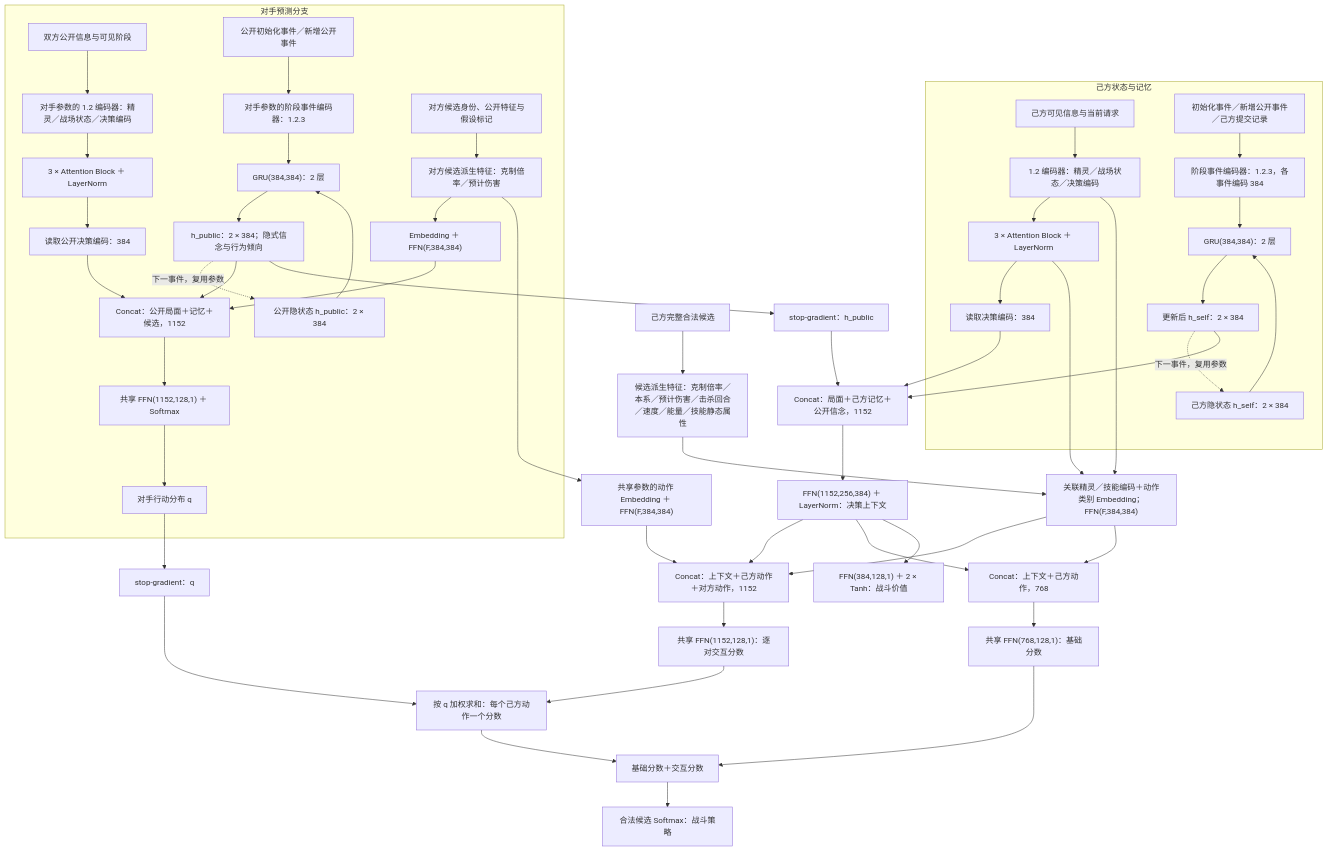
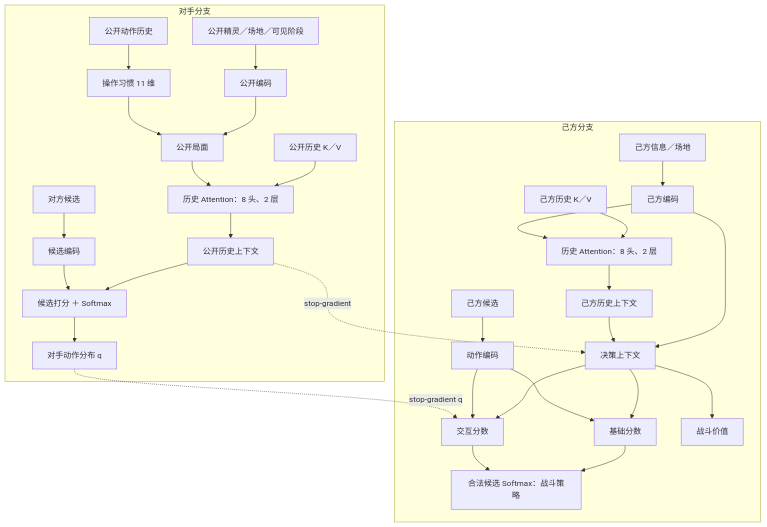
One commit to GroundbreakerLhy/Alpha-Roco changed the sixth of 6 diagrams in MODEL_DESIGN.md. Above: the diagram before and after it, drawn with Mermaid. The commit also changed other lines of this file and 9 other files, not shown here.

Commit message:
四代模型：用全局 attention 替换 GRU

````diff
--- a/MODEL_DESIGN.md
+++ b/MODEL_DESIGN.md
@@ -152,58 +161,35 @@
 ```mermaid
 flowchart TB
-    subgraph SELF["己方状态与记忆"]
-        S0["己方可见信息与当前请求"] --> S1["1.2 编码器：精灵／战场状态／决策编码"]
-        S1 --> S2["3 × Attention Block ＋ LayerNorm"]
-        S2 --> S3["读取决策编码：384"]
-        H0["初始化事件／新增公开事件／己方提交记录"] --> H1["阶段事件编码器：1.2.3，各事件编码 384"]
-        HP["己方隐状态 h_self：2 × 384"] --> HR["GRU(384,384)：2 层"]
-        H1 --> HR
-        HR --> HN["更新后 h_self：2 × 384"]
-        HN -.->|"下一事件，复用参数"| HP
+    subgraph OPP["对手分支"]
+        O0["公开精灵／场地／可见阶段"] --> O1["公开编码"]
+        O2["公开动作历史"] --> O3["操作习惯 11 维"]
+        O1 --> O4["公开局面"]
+        O3 --> O4
+        O5["公开历史 K／V"] --> O6["历史 Attention：8 头、2 层"]
+        O4 --> O6
+        O6 --> O7["公开历史上下文"]
+        O8["对方候选"] --> O9["候选编码"]
+        O7 --> O10["候选打分 ＋ Softmax"]
+        O9 --> O10
+        O10 --> O11["对手动作分布 q"]
     end
 
-    subgraph OPP["对手预测分支"]
-        O0["双方公开信息与可见阶段"] --> O1["对手参数的 1.2 编码器：精灵／战场状态／决策编码"]
-        O1 --> O2["3 × Attention Block ＋ LayerNorm"]
-        O2 --> O3["读取公开决策编码：384"]
-        E0["公开初始化事件／新增公开事件"] --> E1["对手参数的阶段事件编码器：1.2.3"]
-        EP["公开隐状态 h_public：2 × 384"] --> ER["GRU(384,384)：2 层"]
-        E1 --> ER
-        ER --> EN["h_public：2 × 384；隐式信念与行为倾向"]
-        EN -.->|"下一事件，复用参数"| EP
-        OC["对方候选身份、公开特征与假设标记"] --> OR["对方候选派生特征：克制倍率／预计伤害"]
-        OR --> OE["Embedding ＋ FFN(F,384,384)"]
-        OE --> OP["Concat：公开局面＋记忆＋候选，1152"]
-        O3 --> OP
-        EN --> OP
-        OP --> OS["共享 FFN(1152,128,1) ＋ Softmax"]
-        OS --> Q["对手行动分布 q"]
+    subgraph SELF["己方分支"]
+        S0["己方信息／场地"] --> S1["己方编码"]
+        S2["己方历史 K／V"] --> S3["历史 Attention：8 头、2 层"]
+        S1 --> S3
+        S3 --> S4["己方历史上下文"]
+        S1 --> S5["决策上下文"]
+        S4 --> S5
+        O7 -. stop-gradient .-> S5
+        S6["己方候选"] --> S7["动作编码"]
+        S5 --> S8["基础分数"]
+        S7 --> S8
+        S5 --> S9["交互分数"]
+        S7 --> S9
+        O11 -. stop-gradient q .-> S9
+        S8 --> S10["合法候选 Softmax：战斗策略"]
+        S9 --> S10
+        S5 --> S11["战斗价值"]
     end
-
-    Q --> DQ["stop-gradient：q"]
-    EN --> DH["stop-gradient：h_public"]
-    S3 --> F0["Concat：局面＋己方记忆＋公开信念，1152"]
-    HN --> F0
-    DH --> F0
-    F0 --> F1["FFN(1152,256,384) ＋ LayerNorm：决策上下文"]
-
-    AC["己方完整合法候选"] --> AR["候选派生特征：克制倍率／本系／预计伤害／击杀回合／速度／能量／技能静态属性"]
-    AR --> AE["关联精灵／技能编码＋动作类别 Embedding；FFN(F,384,384)"]
-    S2 --> AE
-    S1 --> AE
-    OR --> PE["共享参数的动作 Embedding ＋ FFN(F,384,384)"]
-
-    F1 --> PA["Concat：上下文＋己方动作＋对方动作，1152"]
-    AE --> PA
-    PE --> PA
-    PA --> PS["共享 FFN(1152,128,1)：逐对交互分数"]
-    PS --> SUM["按 q 加权求和：每个己方动作一个分数"]
-    DQ --> SUM
-    F1 --> BA["Concat：上下文＋己方动作，768"]
-    AE --> BA
-    BA --> BS["共享 FFN(768,128,1)：基础分数"]
-    SUM --> ADD["基础分数＋交互分数"]
-    BS --> ADD
-    ADD --> PI["合法候选 Softmax：战斗策略"]
-    F1 --> V["FFN(384,128,1) ＋ 2 × Tanh：战斗价值"]
 ```
````
